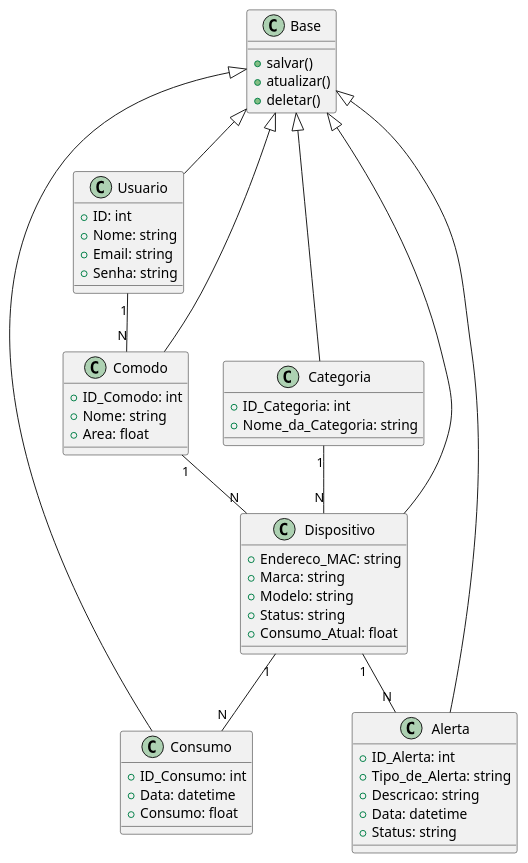
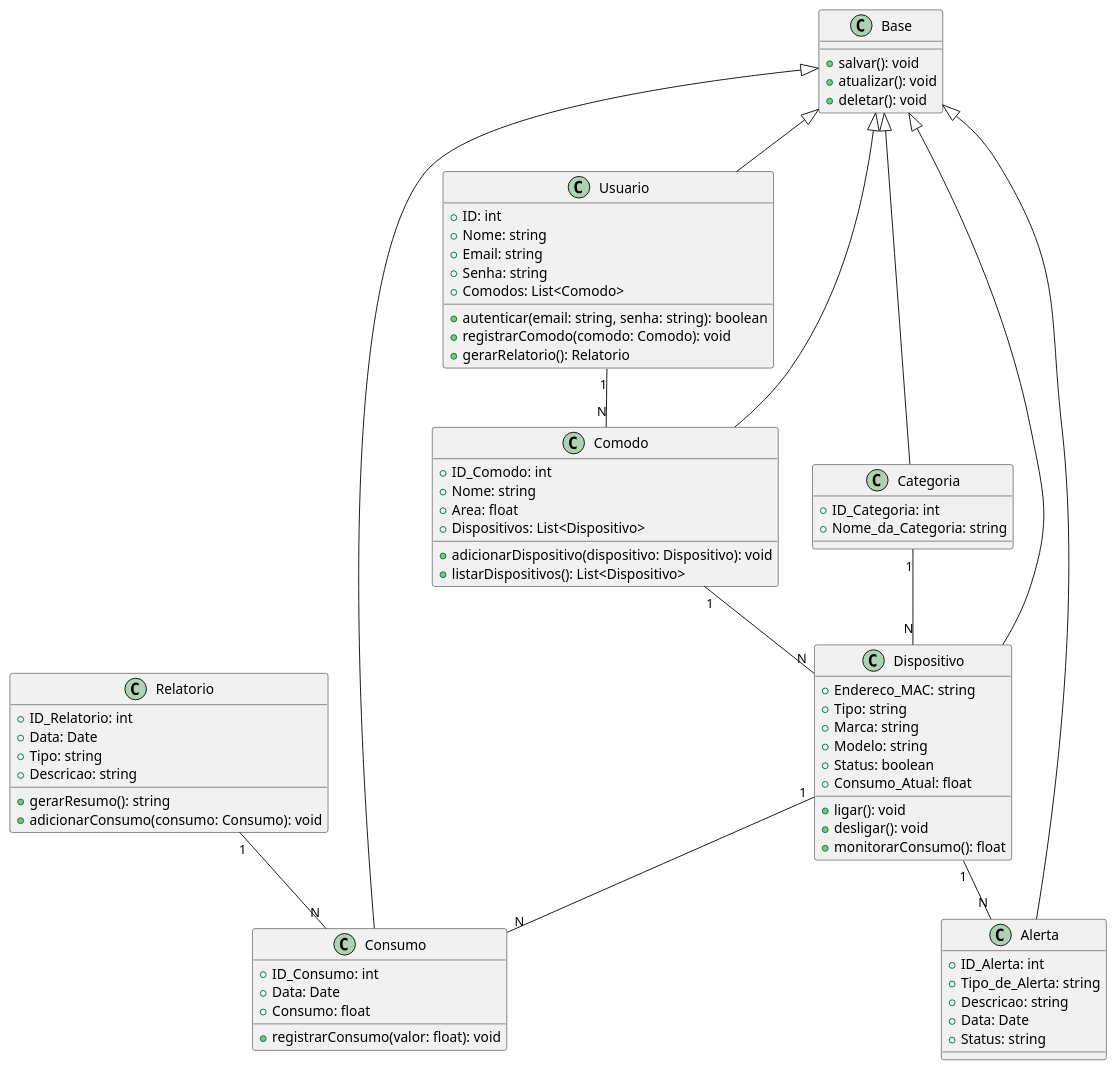
Before and after one commit to guicvsub/GlobalSolutionJava: the diagram in diagrama.plantuml, drawn with PlantUML. The commit also changed 5 other files, not shown here.

```diff
--- a/diagrama.plantuml
+++ b/diagrama.plantuml
@@ -1,60 +1,82 @@
 @startuml
 class Base {
-    + salvar()
-    + atualizar()
-    + deletar()
+    + salvar(): void
+    + atualizar(): void
+    + deletar(): void
 }
 
 class Usuario {
     + ID: int
     + Nome: string
     + Email: string
     + Senha: string
+    + Comodos: List<Comodo>
+    + autenticar(email: string, senha: string): boolean
+    + registrarComodo(comodo: Comodo): void
+    + gerarRelatorio(): Relatorio
 }
 
 class Comodo {
     + ID_Comodo: int
     + Nome: string
     + Area: float
+    + Dispositivos: List<Dispositivo>
+    + adicionarDispositivo(dispositivo: Dispositivo): void
+    + listarDispositivos(): List<Dispositivo>
 }
 
 class Dispositivo {
     + Endereco_MAC: string
+    + Tipo: string
     + Marca: string
     + Modelo: string
-    + Status: string
+    + Status: boolean
     + Consumo_Atual: float
+    + ligar(): void
+    + desligar(): void
+    + monitorarConsumo(): float
 }
 
 class Consumo {
     + ID_Consumo: int
-    + Data: datetime
+    + Data: Date
     + Consumo: float
+    + registrarConsumo(valor: float): void
 }
 
 class Alerta {
     + ID_Alerta: int
     + Tipo_de_Alerta: string
     + Descricao: string
-    + Data: datetime
+    + Data: Date
     + Status: string
 }
 
 class Categoria {
     + ID_Categoria: int
     + Nome_da_Categoria: string
+}
+
+class Relatorio {
+    + ID_Relatorio: int
+    + Data: Date
+    + Tipo: string
+    + Descricao: string
+    + gerarResumo(): string
+    + adicionarConsumo(consumo: Consumo): void
 }
 
 Base <|-- Usuario
 Base <|-- Comodo
 Base <|-- Dispositivo
 Base <|-- Consumo
 Base <|-- Alerta
 Base <|-- Categoria
 
 Usuario "1" -- "N" Comodo
 Comodo "1" -- "N" Dispositivo
 Dispositivo "1" -- "N" Consumo
 Dispositivo "1" -- "N" Alerta
 Categoria "1" -- "N" Dispositivo
+Relatorio "1" -- "N" Consumo
 @enduml
```
